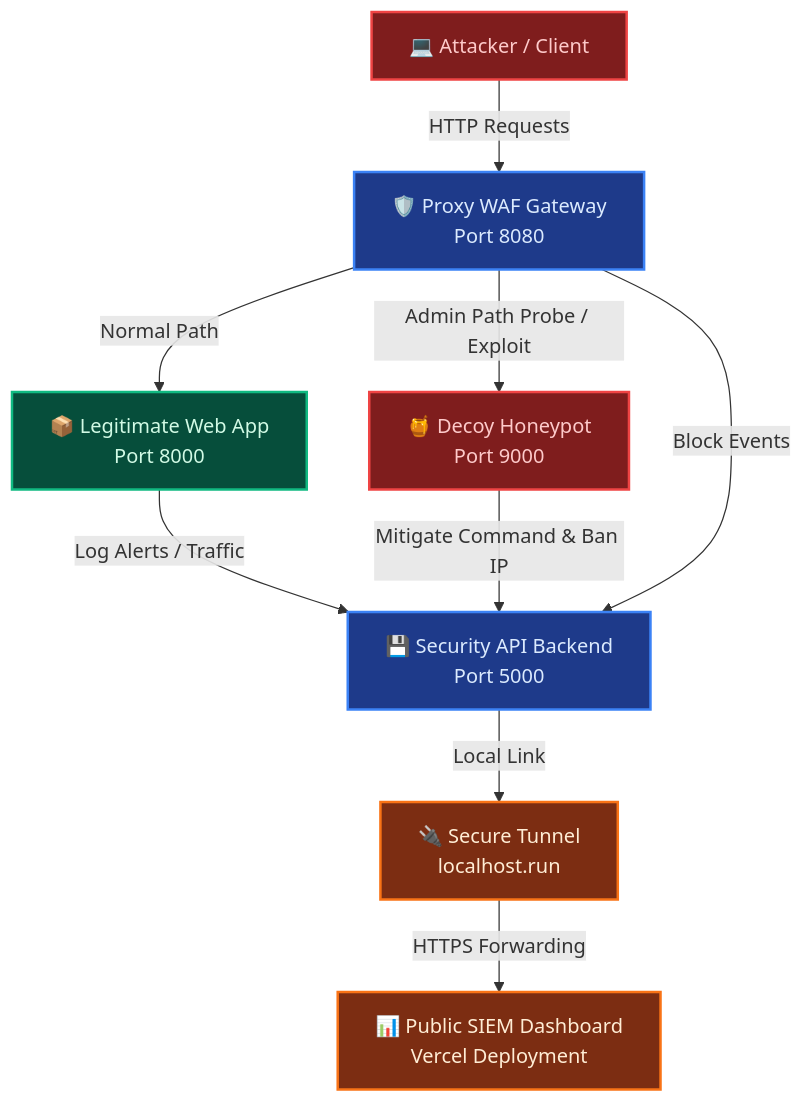
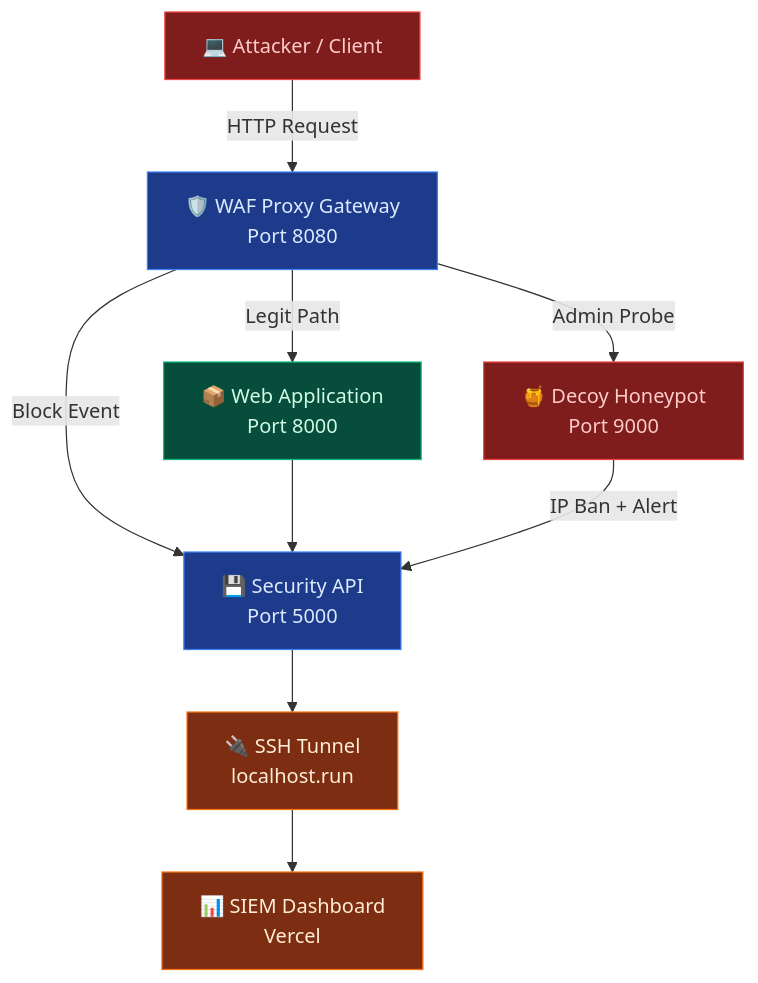
The diagram in README.md (PratyushPandey31/Security), drawn with Mermaid before and after one commit. The commit also changed other lines of this file and 2 other files, not shown here.

Commit message:
feat: Add premium PDF report, update README, fix run_locally tunnel

````diff
--- a/README.md
+++ b/README.md
@@ -60,34 +80,29 @@
 ```mermaid
 graph TD
-    %% Nodes
     Attacker[💻 Attacker / Client]
-    WAF[🛡️ Proxy WAF Gateway <br> Port 8080]
-    WebApp[📦 Legitimate Web App <br> Port 8000]
-    Honeypot[🍯 Decoy Honeypot <br> Port 9000]
-    Backend[💾 Security API Backend <br> Port 5000]
-    Tunnel[🔌 Secure Tunnel <br> localhost.run]
-    Vercel[📊 Public SIEM Dashboard <br> Vercel Deployment]
+    WAF[🛡️ WAF Proxy Gateway<br/>Port 8080]
+    WebApp[📦 Web Application<br/>Port 8000]
+    Honeypot[🍯 Decoy Honeypot<br/>Port 9000]
+    Backend[💾 Security API<br/>Port 5000]
+    Tunnel[🔌 SSH Tunnel<br/>localhost.run]
+    Vercel[📊 SIEM Dashboard<br/>Vercel]
 
-    %% Styles
-    classDef red fill:#7f1d1d,stroke:#ef4444,stroke-width:2px,color:#fecaca;
-    classDef green fill:#064e3b,stroke:#10b981,stroke-width:2px,color:#d1fae5;
-    classDef blue fill:#1e3a8a,stroke:#3b82f6,stroke-width:2px,color:#dbeafe;
-    classDef orange fill:#7c2d12,stroke:#f97316,stroke-width:2px,color:#ffedd5;
-    
-    class Attacker,Honeypot red;
-    class WAF,Backend blue;
-    class WebApp green;
-    class Tunnel,Vercel orange;
+    classDef red fill:#7f1d1d,stroke:#ef4444,color:#fecaca
+    classDef blue fill:#1e3a8a,stroke:#3b82f6,color:#dbeafe
+    classDef green fill:#064e3b,stroke:#10b981,color:#d1fae5
+    classDef orange fill:#7c2d12,stroke:#f97316,color:#ffedd5
 
-    %% Flows
-    Attacker -->|HTTP Requests| WAF
-    WAF -->|Normal Path| WebApp
-    WAF -->|Admin Path Probe / Exploit| Honeypot
-    
-    WebApp -->|Log Alerts / Traffic| Backend
-    Honeypot -->|Mitigate Command & Ban IP| Backend
-    WAF -->|Block Events| Backend
-    
-    Backend -->|Local Link| Tunnel
-    Tunnel -->|HTTPS Forwarding| Vercel
+    class Attacker,Honeypot red
+    class WAF,Backend blue
+    class WebApp green
+    class Tunnel,Vercel orange
+
+    Attacker -->|HTTP Request| WAF
+    WAF -->|Legit Path| WebApp
+    WAF -->|Admin Probe| Honeypot
+    WAF -->|Block Event| Backend
+    WebApp --> Backend
+    Honeypot -->|IP Ban + Alert| Backend
+    Backend --> Tunnel
+    Tunnel --> Vercel
 ```
````
